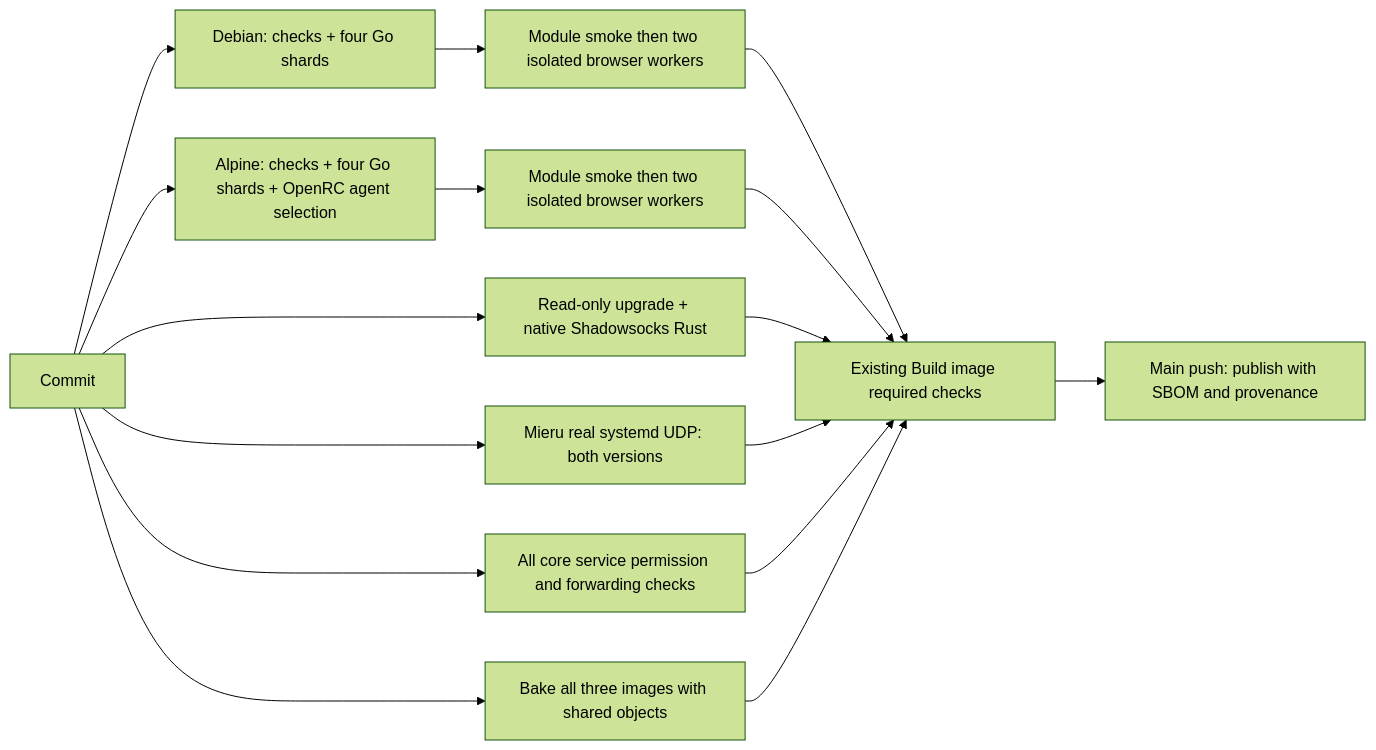
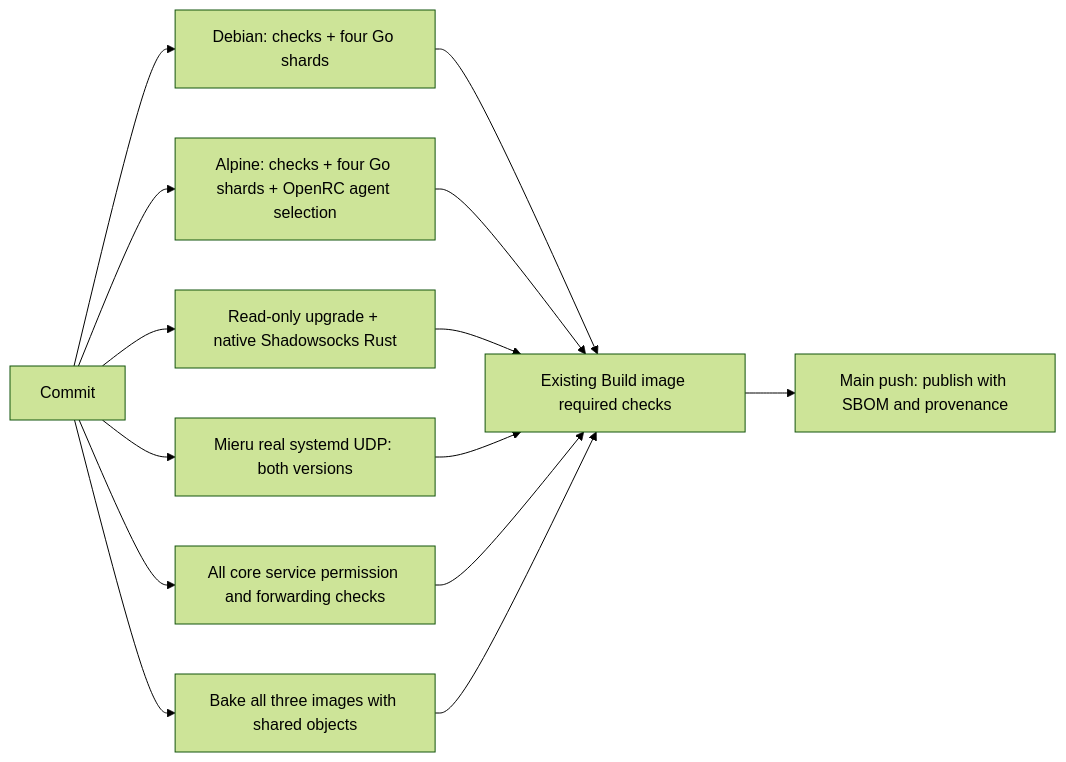
One commit to qimaoww/QControlHub changed the diagram in docs/ci-performance.md. Above: the diagram before and after it, drawn with Mermaid (forest theme). The commit also changed other lines of this file and 5 other files, not shown here.

````diff
--- a/docs/ci-performance.md
+++ b/docs/ci-performance.md
@@ -75,18 +82,16 @@
 ```mermaid
 flowchart LR
   commit[Commit] --> deb[Debian: checks + four Go shards]
   commit --> alp[Alpine: checks + four Go shards + OpenRC agent selection]
   commit --> sand[Read-only upgrade + native Shadowsocks Rust]
   commit --> mieru[Mieru real systemd UDP: both versions]
   commit --> perms[All core service permission and forwarding checks]
   commit --> bake[Bake all three images with shared objects]
-  deb --> debbrowser[Module smoke then two isolated browser workers]
-  alp --> alpbrowser[Module smoke then two isolated browser workers]
-  debbrowser --> gates[Existing Build image required checks]
-  alpbrowser --> gates
+  deb --> gates[Existing Build image required checks]
+  alp --> gates
   sand --> gates
   mieru --> gates
   perms --> gates
   bake --> gates
   gates --> publish[Main push: publish with SBOM and provenance]
 ```
````
